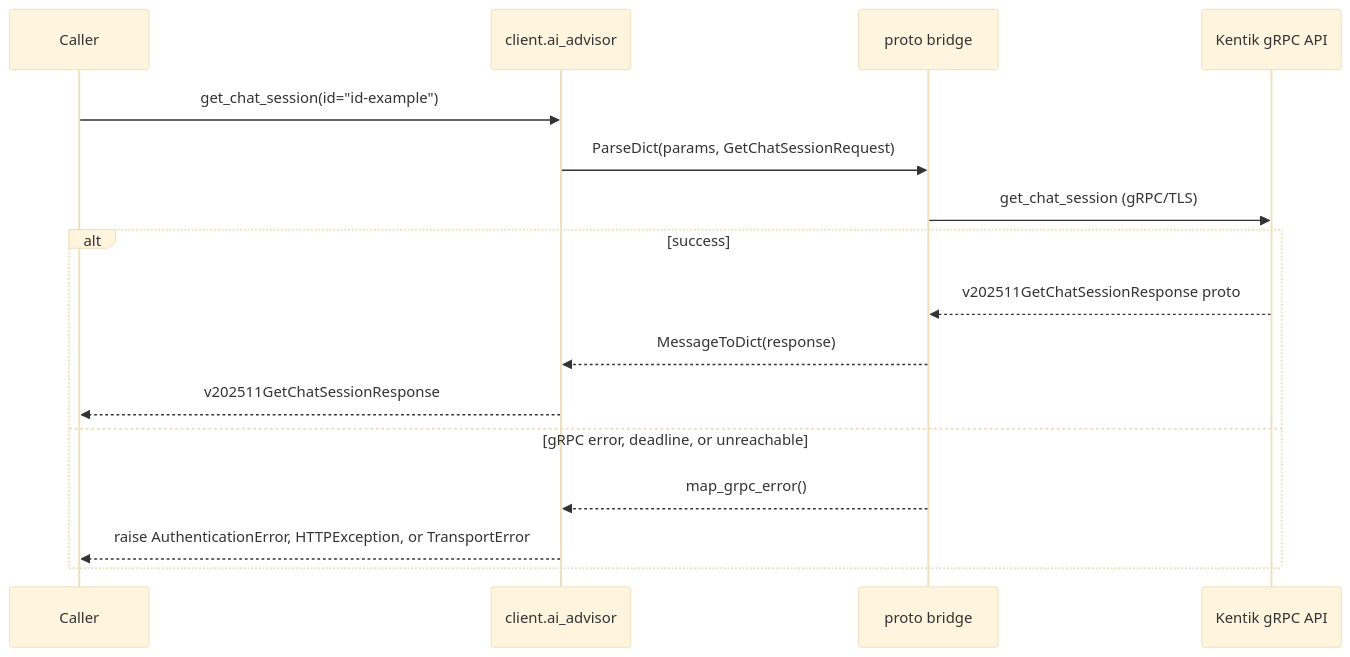
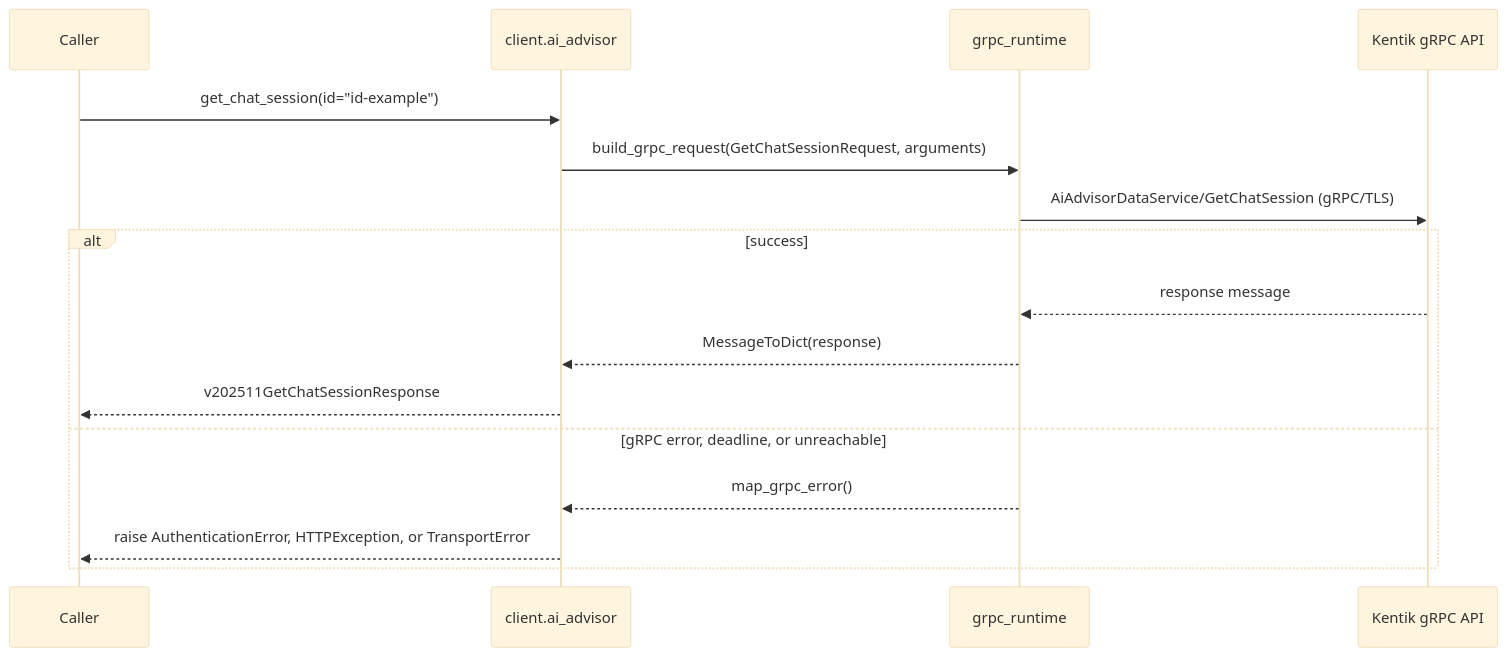
The seventh of 8 diagrams in docs/sphinx/services/ai_advisor.md (alexdearaujo/community_sdk_python), drawn with Mermaid (base theme) before and after one commit. The commit also changed other lines of this file and 37 other files, not shown here.

First line of the commit message:
docs: show the real RPC in each service page's gRPC diagram

````diff
--- a/docs/sphinx/services/ai_advisor.md
+++ b/docs/sphinx/services/ai_advisor.md
@@ -211,19 +211,19 @@
 ```mermaid
 sequenceDiagram
     participant C as Caller
     participant W as client.ai_advisor
-    participant B as proto bridge
+    participant R as grpc_runtime
     participant API as Kentik gRPC API
 
     C->>W: get_chat_session(id="id-example")
-    W->>B: ParseDict(params, GetChatSessionRequest)
-    B->>API: get_chat_session (gRPC/TLS)
+    W->>R: build_grpc_request(GetChatSessionRequest, arguments)
+    R->>API: AiAdvisorDataService/GetChatSession (gRPC/TLS)
     alt success
-        API-->>B: v202511GetChatSessionResponse proto
-        B-->>W: MessageToDict(response)
+        API-->>R: response message
+        R-->>W: MessageToDict(response)
         W-->>C: v202511GetChatSessionResponse
     else gRPC error, deadline, or unreachable
-        B-->>W: map_grpc_error()
+        R-->>W: map_grpc_error()
         W-->>C: raise AuthenticationError, HTTPException, or TransportError
     end
 ```
````
